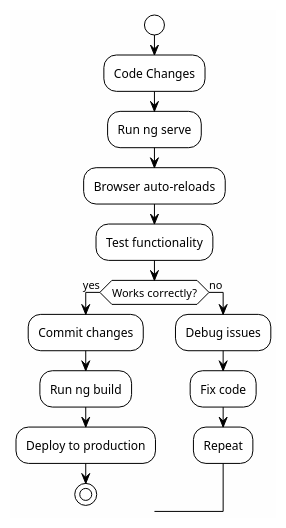
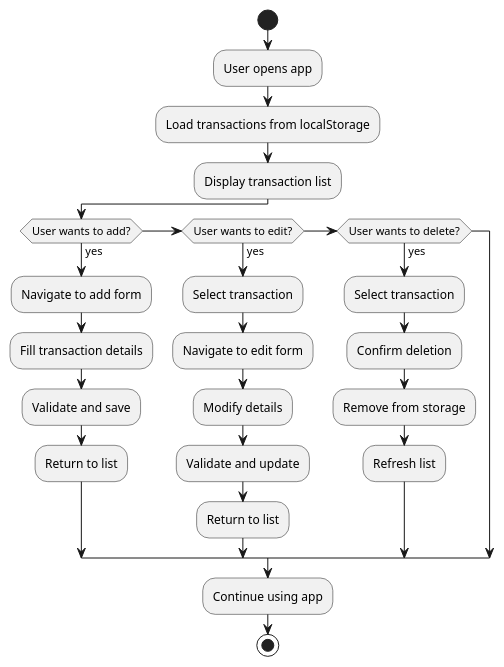
Before and after one commit to MarchianTz/test_subj: the second of 3 diagrams in README.md, drawn with PlantUML. The commit also changed other lines of this file, not shown here.

````diff
--- a/README.md
+++ b/README.md
@@ -444,22 +134,29 @@
 ```plantuml
-@startuml Development Workflow
-!theme plain
-skinparam backgroundColor #FEFEFE
+@startuml Activity Diagram
+start
+:User opens app;
+:Load transactions from localStorage;
+:Display transaction list;
 
-start
-:Code Changes;
-:Run ng serve;
-:Browser auto-reloads;
-:Test functionality;
-if (Works correctly?) then (yes)
-    :Commit changes;
-    :Run ng build;
-    :Deploy to production;
-    stop
-else (no)
-    :Debug issues;
-    :Fix code;
-    :Repeat;
+if (User wants to add?) then (yes)
+    :Navigate to add form;
+    :Fill transaction details;
+    :Validate and save;
+    :Return to list;
+else if (User wants to edit?) then (yes)
+    :Select transaction;
+    :Navigate to edit form;
+    :Modify details;
+    :Validate and update;
+    :Return to list;
+else if (User wants to delete?) then (yes)
+    :Select transaction;
+    :Confirm deletion;
+    :Remove from storage;
+    :Refresh list;
 endif
+
+:Continue using app;
+stop
 @enduml
 ```
````
